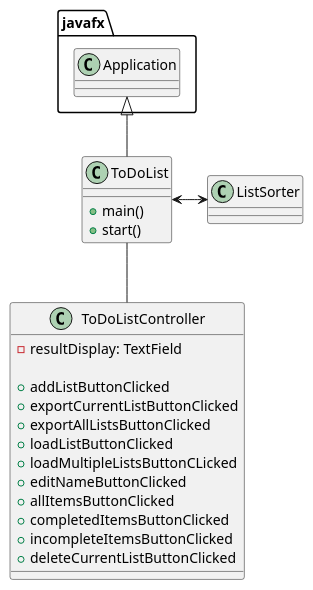
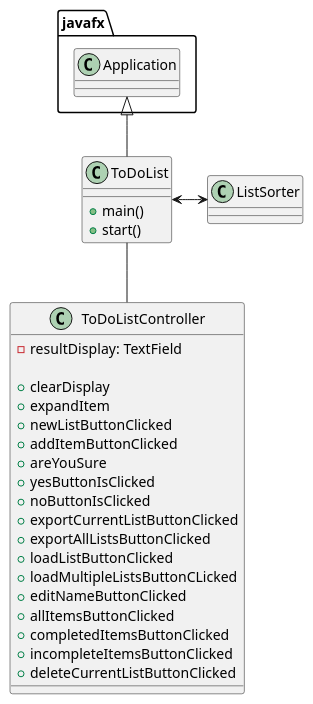
One commit to cepedaj0601/cepeda-cop3330-assignment4 changed the diagram in uml/To Do List.puml. Above: the diagram before and after it, drawn with PlantUML. The commit also changed 2 other files, not shown here.

```diff
--- a/uml/To Do List.puml
+++ b/uml/To Do List.puml
@@ -1,33 +1,39 @@
 @startuml
 'https://plantuml.com/class-diagram
 
 class ToDoList{
     + main()
     + start()
 }
 
 class ToDoListController{
     - resultDisplay: TextField
 
-    + addListButtonClicked
+    + clearDisplay
+    + expandItem
+    + newListButtonClicked
+    + addItemButtonClicked
+    + areYouSure
+    + yesButtonIsClicked
+    + noButtonIsClicked
     + exportCurrentListButtonClicked
     + exportAllListsButtonClicked
     + loadListButtonClicked
     + loadMultipleListsButtonCLicked
     + editNameButtonClicked
     + allItemsButtonClicked
     + completedItemsButtonClicked
     + incompleteItemsButtonClicked
     + deleteCurrentListButtonClicked
 }
 
 class ListSorter {
 
 }
 
 javafx.Application <|-- ToDoList
 
 ToDoList <-> ListSorter
 ToDoList -- ToDoListController
 
 @enduml
```
